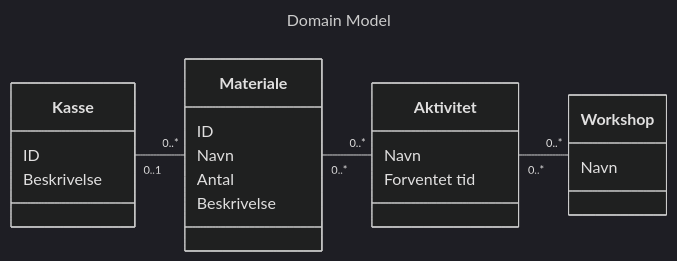
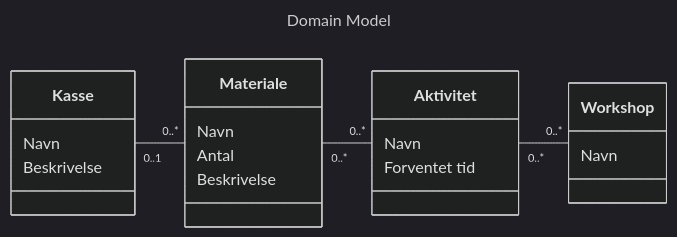
One commit to DMOoF25-Team-11-2/GettingReal changed the diagram in documentation/DomainModel.mmd. Above: the diagram before and after it, drawn with Mermaid.

Commit message:
Remove ID as is not part of domain model

```diff
--- a/documentation/DomainModel.mmd
+++ b/documentation/DomainModel.mmd
@@ -1,34 +1,33 @@
 ---
 config:
   theme: dark
   look: classic
   layout: dagre
 title: Domain Model
 ---
 classDiagram
 direction LR
 
 class Kasse {
-    ID
+    Navn
     Beskrivelse
 }
 
 class Materiale {
-    ID
     Navn
     Antal
     Beskrivelse
 }
 
 class Aktivitet {
     Navn
     Forventet tid
 }
 
 class Workshop {
     Navn
 }
 
 Kasse "0..1" -- "0..*" Materiale
 Materiale "0..*" -- "0..*" Aktivitet
 Aktivitet "0..*" -- "0..*" Workshop
```
